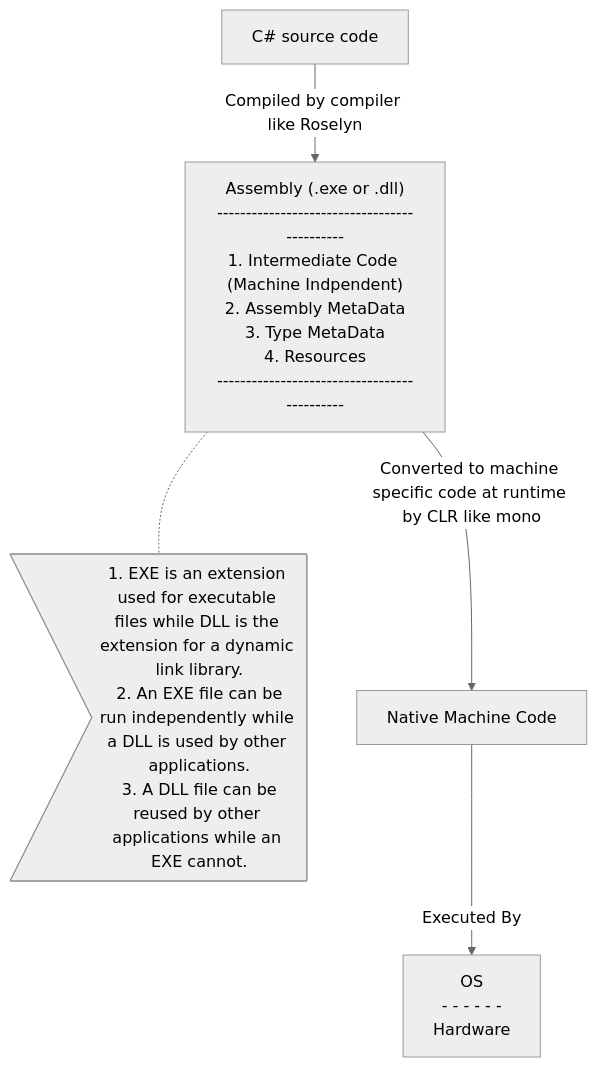
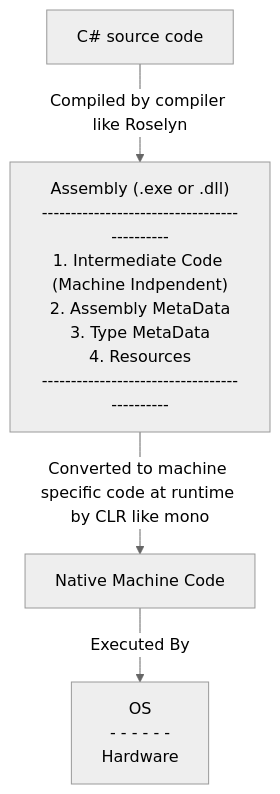
Before and after one commit to Mu-Ahmad/ead_notes: the diagram in ead_lecture1.md, drawn with Mermaid (neutral theme). The commit also changed other lines of this file and 5 other files, not shown here.

````diff
--- a/ead_lecture1.md
+++ b/ead_lecture1.md
@@ -19,11 +19,11 @@
 ```mermaid
 graph TD
 	A[C# source code]
-	B["Assembly (.exe or .dll)<br>--------------------------------------------<br>1. Intermediate Code (Machine Indpendent)<br>2. Assembly MetaData<br>3. Type MetaData<br>4. Resources<br>--------------------------------------------"] -.- F>1. EXE is an extension used for executable files while DLL is the extension for a dynamic link library.<br> 2. An EXE file can be run independently while a DLL is used by other applications.<br> 3. A DLL file can be reused by other applications while an EXE cannot.]
+	B["Assembly (.exe or .dll)<br>--------------------------------------------<br>1. Intermediate Code (Machine Indpendent)<br>2. Assembly MetaData<br>3. Type MetaData<br>4. Resources<br>--------------------------------------------"] 
 	D[Native Machine Code]
 	E[OS<br>- - - - - -<br>Hardware]
 
 	A --> |"Compiled by compiler like Roselyn"| B
 	B --> |"Converted to machine specific code at runtime by CLR like mono"| D
 	D --> |"Executed By"|E
 ```
````
